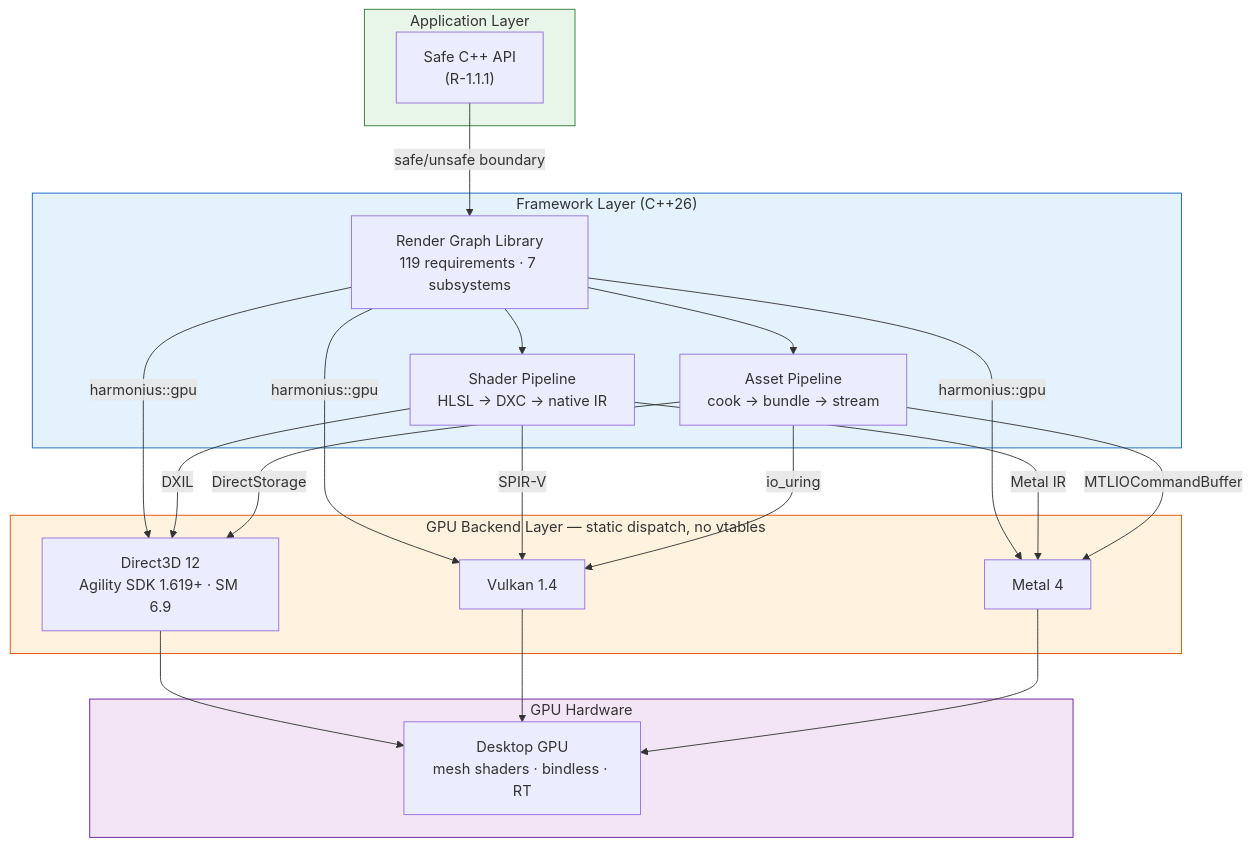
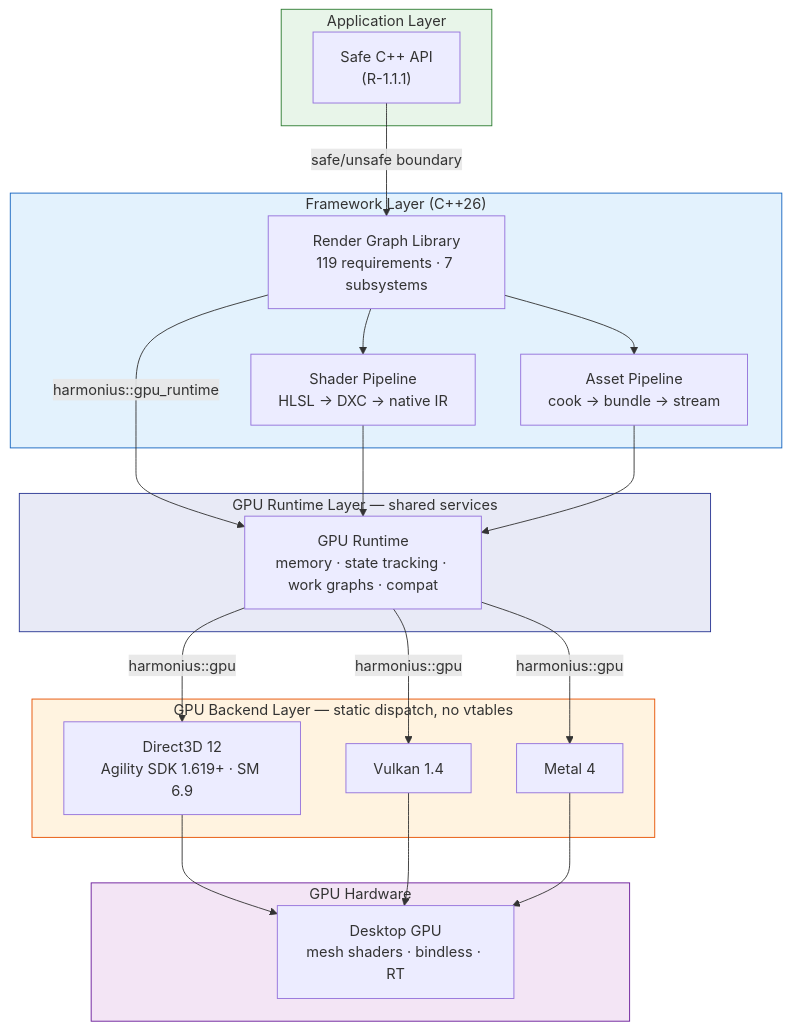
The first of 10 diagrams in docs/architecture.md (harmonius-dev/harmonius), drawn with Mermaid before and after one commit. The commit also changed other lines of this file and 28 other files, not shown here.

First line of the commit message:
Add GPU runtime layer and remove VMA/D3D12MA dependencies

````diff
--- a/docs/architecture.md
+++ b/docs/architecture.md
@@ -36,43 +36,45 @@
 ```mermaid
 graph TD
     subgraph Application["Application Layer"]
         A["Safe C++ API<br/>(R-1.1.1)"]
     end
 
     subgraph Framework["Framework Layer (C++26)"]
         RG["Render Graph Library<br/>119 requirements · 7 subsystems"]
         SP["Shader Pipeline<br/>HLSL → DXC → native IR"]
         AP["Asset Pipeline<br/>cook → bundle → stream"]
+    end
+
+    subgraph Runtime["GPU Runtime Layer — shared services"]
+        GR["GPU Runtime<br/>memory · state tracking · work graphs · compat"]
     end
 
     subgraph Backend["GPU Backend Layer — static dispatch, no vtables"]
         D3D12["Direct3D 12<br/>Agility SDK 1.619+ · SM 6.9"]
         VK["Vulkan 1.4"]
         MTL["Metal 4"]
     end
 
     subgraph Hardware["GPU Hardware"]
         GPU["Desktop GPU<br/>mesh shaders · bindless · RT"]
     end
 
     A -->|"safe/unsafe boundary"| RG
     RG --> SP
     RG --> AP
-    RG -->|"harmonius::gpu"| D3D12
-    RG -->|"harmonius::gpu"| VK
-    RG -->|"harmonius::gpu"| MTL
-    SP -->|"DXIL"| D3D12
-    SP -->|"SPIR-V"| VK
-    SP -->|"Metal IR"| MTL
-    AP -->|"DirectStorage"| D3D12
-    AP -->|"io_uring"| VK
-    AP -->|"MTLIOCommandBuffer"| MTL
+    RG -->|"harmonius::gpu_runtime"| GR
+    SP --> GR
+    AP --> GR
+    GR -->|"harmonius::gpu"| D3D12
+    GR -->|"harmonius::gpu"| VK
+    GR -->|"harmonius::gpu"| MTL
     D3D12 --> GPU
     VK --> GPU
     MTL --> GPU
 
     style Application fill:#e8f5e9,stroke:#2e7d32
     style Framework fill:#e3f2fd,stroke:#1565c0
+    style Runtime fill:#e8eaf6,stroke:#283593
     style Backend fill:#fff3e0,stroke:#e65100
     style Hardware fill:#f3e5f5,stroke:#6a1b9a
 ```
````
